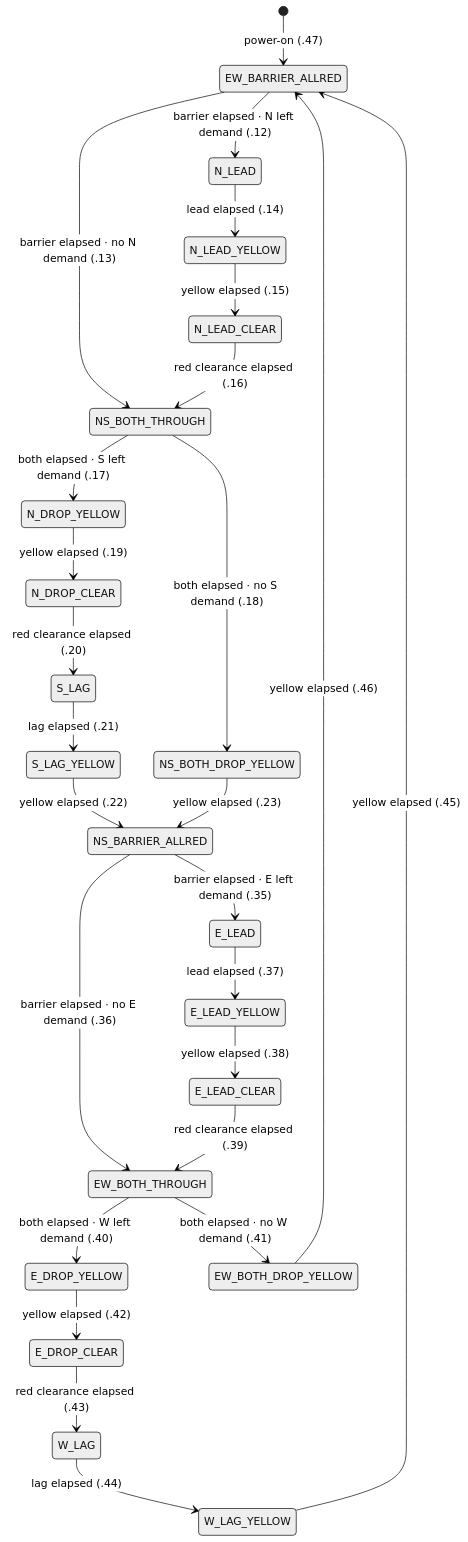
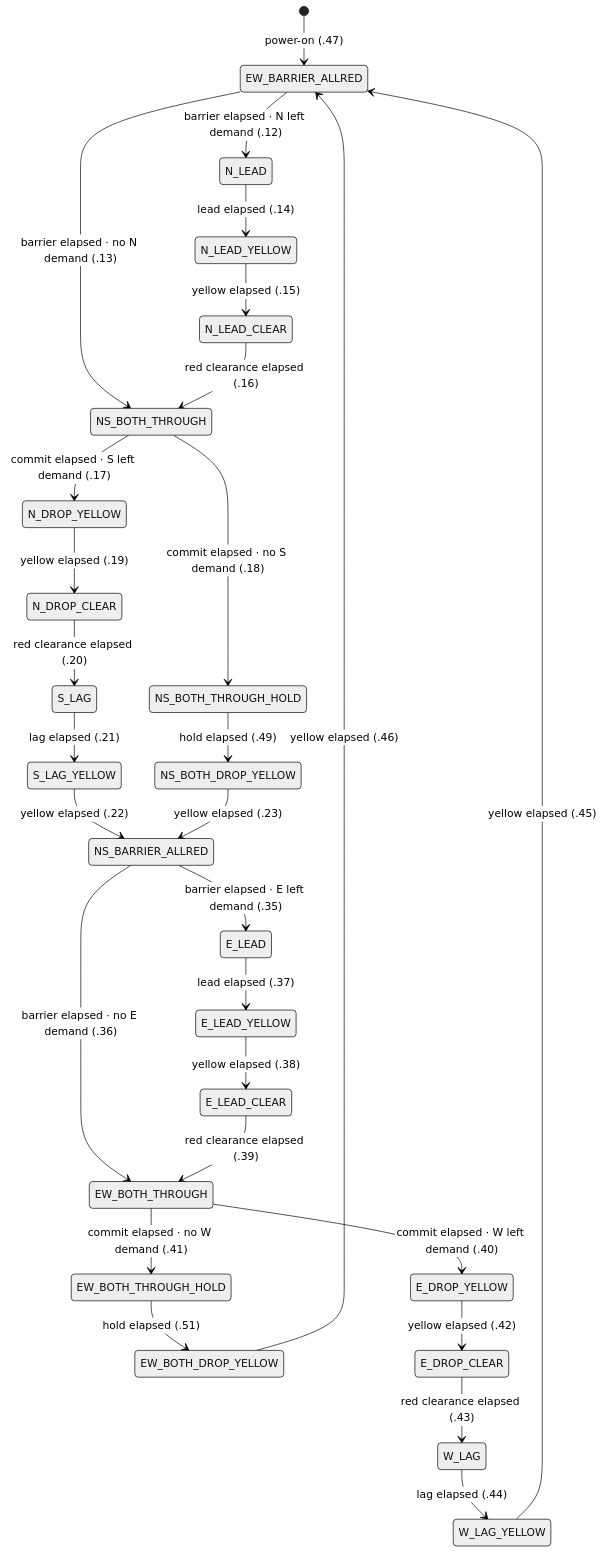
Before and after one commit to AdaCore/gnat-foundry-intersection: the second of 5 diagrams in requirements/state-machines.md, drawn with Mermaid (neutral theme). The commit also changed other lines of this file and 8 other files, not shown here.

````diff
--- a/requirements/state-machines.md
+++ b/requirements/state-machines.md
@@ -75,36 +83,38 @@
 ```mermaid
 stateDiagram-v2
     [*] --> EW_BARRIER_ALLRED : power-on (.47)
 
     EW_BARRIER_ALLRED --> N_LEAD : barrier elapsed · N left demand (.12)
     EW_BARRIER_ALLRED --> NS_BOTH_THROUGH : barrier elapsed · no N demand (.13)
 
     N_LEAD --> N_LEAD_YELLOW : lead elapsed (.14)
     N_LEAD_YELLOW --> N_LEAD_CLEAR : yellow elapsed (.15)
     N_LEAD_CLEAR --> NS_BOTH_THROUGH : red clearance elapsed (.16)
 
-    NS_BOTH_THROUGH --> N_DROP_YELLOW : both elapsed · S left demand (.17)
-    NS_BOTH_THROUGH --> NS_BOTH_DROP_YELLOW : both elapsed · no S demand (.18)
+    NS_BOTH_THROUGH --> N_DROP_YELLOW : commit elapsed · S left demand (.17)
+    NS_BOTH_THROUGH --> NS_BOTH_THROUGH_HOLD : commit elapsed · no S demand (.18)
+    NS_BOTH_THROUGH_HOLD --> NS_BOTH_DROP_YELLOW : hold elapsed (.49)
 
     N_DROP_YELLOW --> N_DROP_CLEAR : yellow elapsed (.19)
     N_DROP_CLEAR --> S_LAG : red clearance elapsed (.20)
     S_LAG --> S_LAG_YELLOW : lag elapsed (.21)
     S_LAG_YELLOW --> NS_BARRIER_ALLRED : yellow elapsed (.22)
     NS_BOTH_DROP_YELLOW --> NS_BARRIER_ALLRED : yellow elapsed (.23)
 
     NS_BARRIER_ALLRED --> E_LEAD : barrier elapsed · E left demand (.35)
     NS_BARRIER_ALLRED --> EW_BOTH_THROUGH : barrier elapsed · no E demand (.36)
 
     E_LEAD --> E_LEAD_YELLOW : lead elapsed (.37)
     E_LEAD_YELLOW --> E_LEAD_CLEAR : yellow elapsed (.38)
     E_LEAD_CLEAR --> EW_BOTH_THROUGH : red clearance elapsed (.39)
 
-    EW_BOTH_THROUGH --> E_DROP_YELLOW : both elapsed · W left demand (.40)
-    EW_BOTH_THROUGH --> EW_BOTH_DROP_YELLOW : both elapsed · no W demand (.41)
+    EW_BOTH_THROUGH --> E_DROP_YELLOW : commit elapsed · W left demand (.40)
+    EW_BOTH_THROUGH --> EW_BOTH_THROUGH_HOLD : commit elapsed · no W demand (.41)
+    EW_BOTH_THROUGH_HOLD --> EW_BOTH_DROP_YELLOW : hold elapsed (.51)
 
     E_DROP_YELLOW --> E_DROP_CLEAR : yellow elapsed (.42)
     E_DROP_CLEAR --> W_LAG : red clearance elapsed (.43)
     W_LAG --> W_LAG_YELLOW : lag elapsed (.44)
     W_LAG_YELLOW --> EW_BARRIER_ALLRED : yellow elapsed (.45)
     EW_BOTH_DROP_YELLOW --> EW_BARRIER_ALLRED : yellow elapsed (.46)
 ```
````
